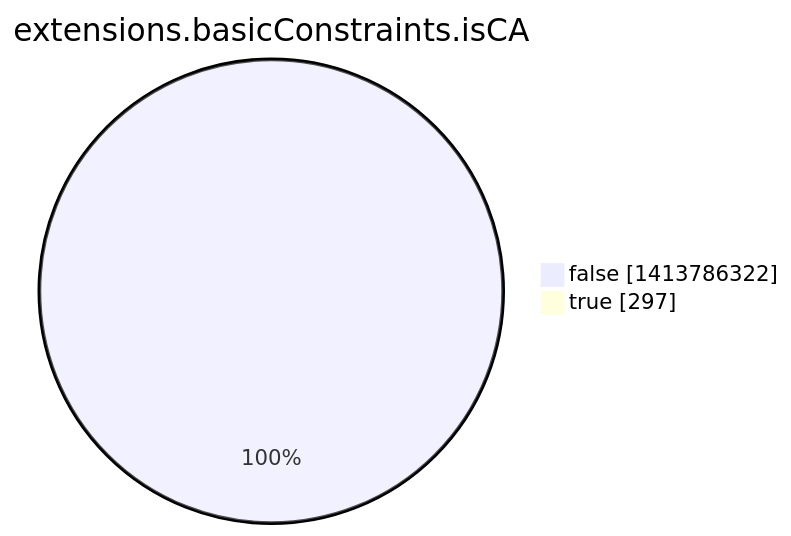
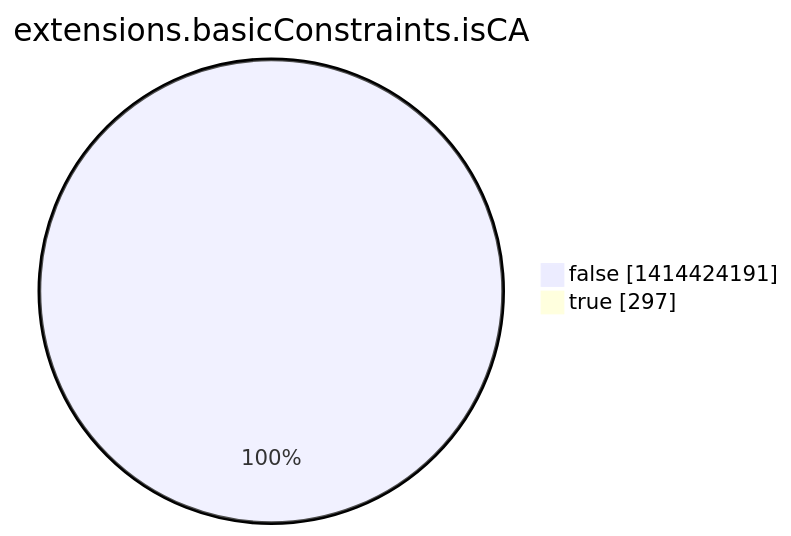
The eighth of 15 diagrams in argon2022/README.md (christiankrug/ctmonitor_visualization), drawn with Mermaid before and after one commit. The commit also changed other lines of this file, not shown here.

````diff
--- a/argon2022/README.md
+++ b/argon2022/README.md
@@ -2760,6 +2760,6 @@
 ```mermaid
 pie showData
 title extensions.basicConstraints.isCA
-"false" :1413786322
+"false" :1414424191
 "true" :297
 ```
````
